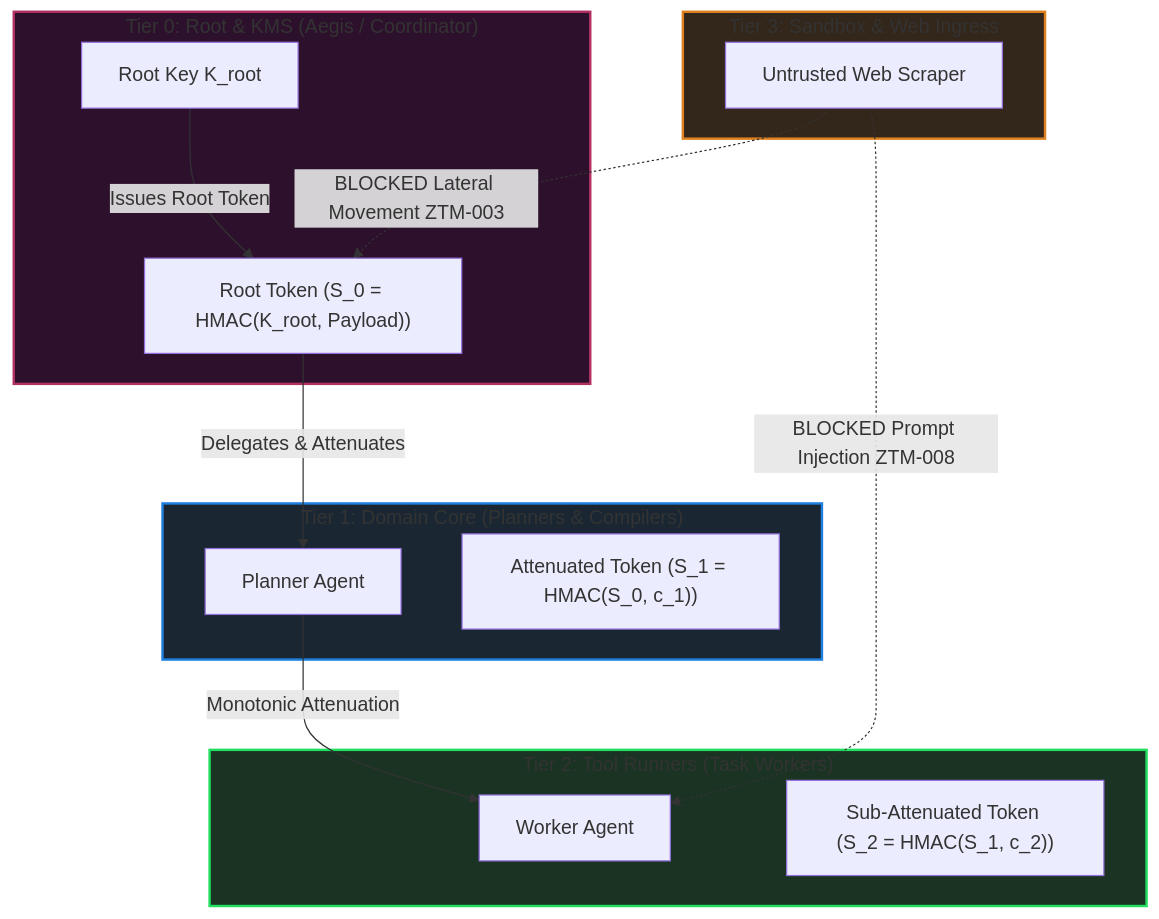
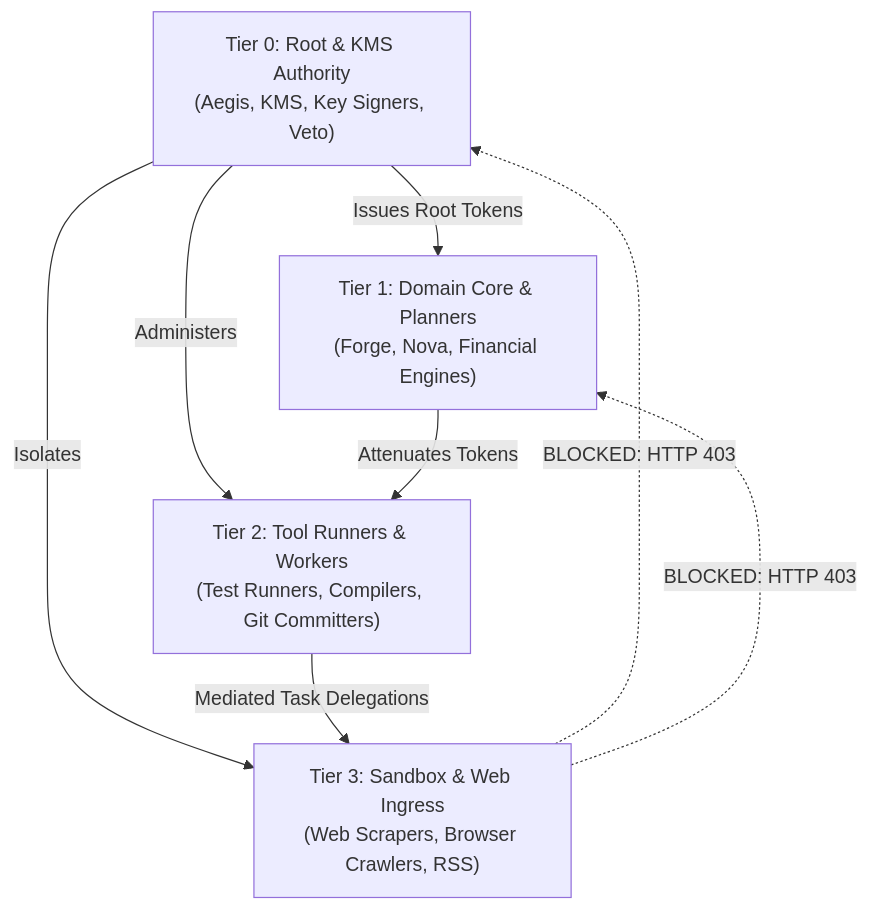
Before and after one commit to devsoniclk/agent-zero-trust: the diagram in README.md, drawn with Mermaid. The commit also changed other lines of this file, not shown here.

Commit message:
docs: refine architecture diagrams, benchmark matrices, and threat remediations

````diff
--- a/README.md
+++ b/README.md
@@ -38,32 +35,15 @@
 ```mermaid
 flowchart TD
-    subgraph Tier0["Tier 0: Root & KMS (Aegis / Coordinator)"]
-        KMS["Root Key K_root"]
-        T0_Tok["Root Token (S_0 = HMAC(K_root, Payload))"]
-    end
+    T0["Tier 0: Root & KMS Authority<br/>(Aegis, KMS, Key Signers, Veto)"]
+    T1["Tier 1: Domain Core & Planners<br/>(Forge, Nova, Financial Engines)"]
+    T2["Tier 2: Tool Runners & Workers<br/>(Test Runners, Compilers, Git Committers)"]
+    T3["Tier 3: Sandbox & Web Ingress<br/>(Web Scrapers, Browser Crawlers, RSS)"]
 
-    subgraph Tier1["Tier 1: Domain Core (Planners & Compilers)"]
-        T1_Agent["Planner Agent"]
-        T1_Tok["Attenuated Token (S_1 = HMAC(S_0, c_1))"]
-    end
-
-    subgraph Tier2["Tier 2: Tool Runners (Task Workers)"]
-        T2_Agent["Worker Agent"]
-        T2_Tok["Sub-Attenuated Token (S_2 = HMAC(S_1, c_2))"]
-    end
-
-    subgraph Tier3["Tier 3: Sandbox & Web Ingress"]
-        T3_Agent["Untrusted Web Scraper"]
-    end
-
-    KMS -->|Issues Root Token| T0_Tok
-    T0_Tok -->|Delegates & Attenuates| T1_Agent
-    T1_Agent -->|Monotonic Attenuation| T2_Agent
-    T3_Agent -.->|BLOCKED Lateral Movement ZTM-003| T0_Tok
-    T3_Agent -.->|BLOCKED Prompt Injection ZTM-008| T2_Agent
-
-    style Tier0 fill:#2d112c,stroke:#b03060,stroke-width:2px;
-    style Tier1 fill:#1a2733,stroke:#2080df,stroke-width:2px;
-    style Tier2 fill:#1a3322,stroke:#20df60,stroke-width:2px;
-    style Tier3 fill:#33261a,stroke:#df8020,stroke-width:2px;
+    T0 -->|Issues Root Tokens| T1
+    T0 -->|Administers| T2
+    T0 -->|Isolates| T3
+    T1 -->|Attenuates Tokens| T2
+    T2 -->|Mediated Task Delegations| T3
+    T3 -.->|BLOCKED: HTTP 403| T0
+    T3 -.->|BLOCKED: HTTP 403| T1
 ```
````
